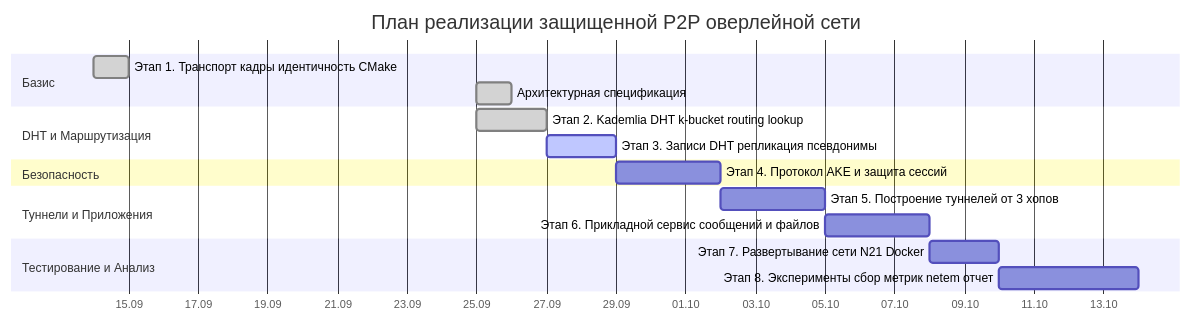
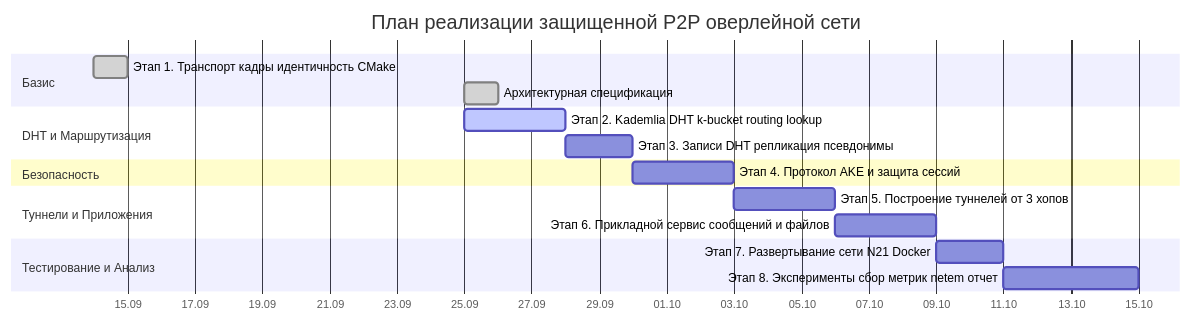
One commit to dmortyanov/p2p-overlay changed the seventh of 7 diagrams in docs/architecture.md. Above: the diagram before and after it, drawn with Mermaid. The commit also changed other lines of this file and 21 other files, not shown here.

````diff
--- a/docs/architecture.md
+++ b/docs/architecture.md
@@ -473,20 +473,20 @@
 ```mermaid
 gantt
     title План реализации защищенной P2P оверлейной сети
     dateFormat  YYYY-MM-DD
     axisFormat  %d.%m
     section Базис
     Этап 1. Транспорт кадры идентичность CMake       :done, s1, 2026-09-14, 1d
     Архитектурная спецификация                      :done, s_arch, 2026-09-25, 1d
     section DHT и Маршрутизация
-    Этап 2. Kademlia DHT k-bucket routing lookup    :done, s2, 2026-09-25, 2d
-    Этап 3. Записи DHT репликация псевдонимы        :active, s3, 2026-09-27, 2d
+    Этап 2. Kademlia DHT k-bucket routing lookup    :active, s2, 2026-09-25, 3d
+    Этап 3. Записи DHT репликация псевдонимы        :s3, 2026-09-28, 2d
     section Безопасность
-    Этап 4. Протокол AKE и защита сессий            :s4, 2026-09-29, 3d
+    Этап 4. Протокол AKE и защита сессий            :s4, 2026-09-30, 3d
     section Туннели и Приложения
-    Этап 5. Построение туннелей от 3 хопов          :s5, 2026-10-02, 3d
-    Этап 6. Прикладной сервис сообщений и файлов    :s6, 2026-10-05, 3d
+    Этап 5. Построение туннелей от 3 хопов          :s5, 2026-10-03, 3d
+    Этап 6. Прикладной сервис сообщений и файлов    :s6, 2026-10-06, 3d
     section Тестирование и Анализ
-    Этап 7. Развертывание сети N21 Docker           :s7, 2026-10-08, 2d
-    Этап 8. Эксперименты сбор метрик netem отчет    :s8, 2026-10-10, 4d
+    Этап 7. Развертывание сети N21 Docker           :s7, 2026-10-09, 2d
+    Этап 8. Эксперименты сбор метрик netem отчет    :s8, 2026-10-11, 4d
 ```
````
